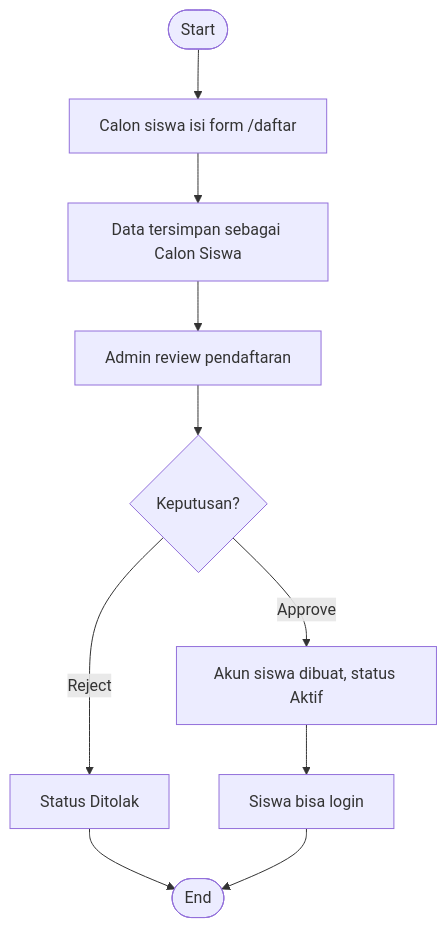
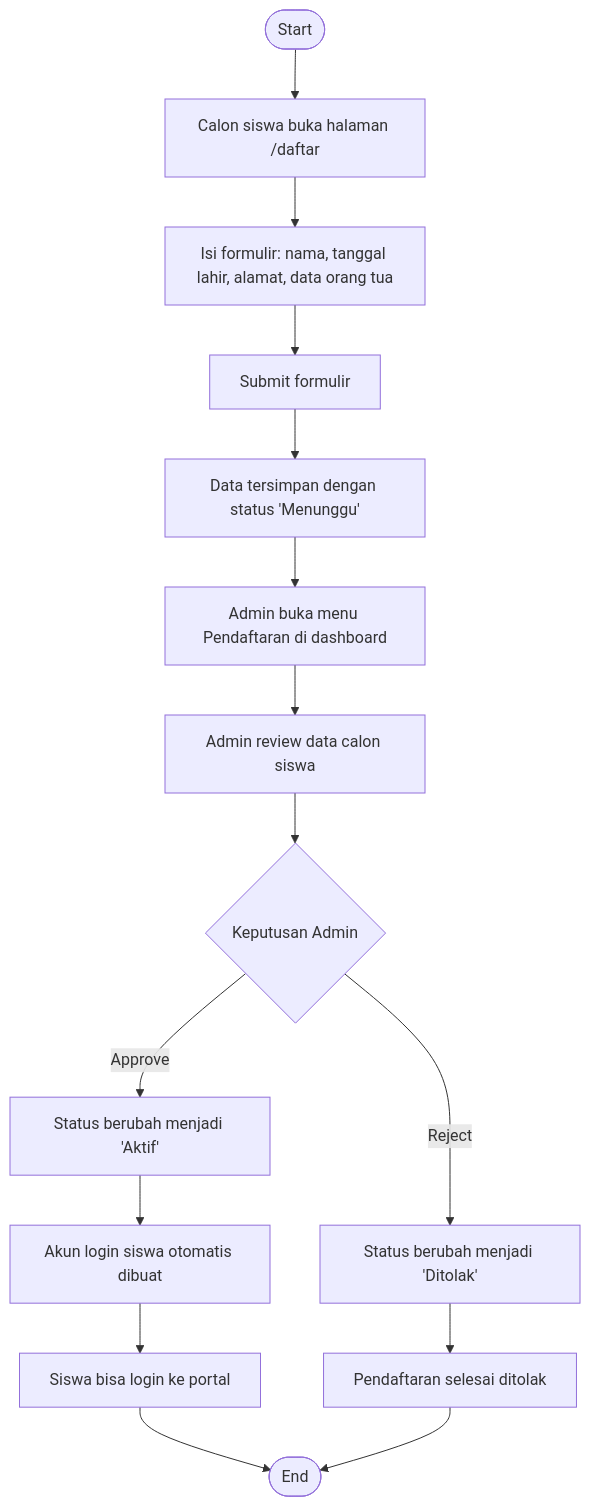
Before and after one commit to Hendrasetyawan1945/sistem-manajemen-kolam: the first of 11 diagrams in docs/alur-sistem.md, drawn with Mermaid. The commit also changed other lines of this file and 1 other file, not shown here.

````diff
--- a/docs/alur-sistem.md
+++ b/docs/alur-sistem.md
@@ -7,12 +30,17 @@
 ```mermaid
 flowchart TD
-    A([Start]) --> B[Calon siswa isi form /daftar]
-    B --> C[Data tersimpan sebagai Calon Siswa]
-    C --> D[Admin review pendaftaran]
-    D --> E{Keputusan?}
-    E -->|Approve| F[Akun siswa dibuat, status Aktif]
-    E -->|Reject| G[Status Ditolak]
-    F --> H[Siswa bisa login]
-    G --> I([End])
-    H --> I
+    A([Start]) --> B[Calon siswa buka halaman /daftar]
+    B --> C[Isi formulir: nama, tanggal lahir, alamat, data orang tua]
+    C --> D[Submit formulir]
+    D --> E[Data tersimpan dengan status 'Menunggu']
+    E --> F[Admin buka menu Pendaftaran di dashboard]
+    F --> G[Admin review data calon siswa]
+    G --> H{Keputusan Admin}
+    H -->|Approve| I[Status berubah menjadi 'Aktif']
+    H -->|Reject| J[Status berubah menjadi 'Ditolak']
+    I --> K[Akun login siswa otomatis dibuat]
+    K --> L[Siswa bisa login ke portal]
+    J --> M[Pendaftaran selesai ditolak]
+    L --> N([End])
+    M --> N
 ```
````
